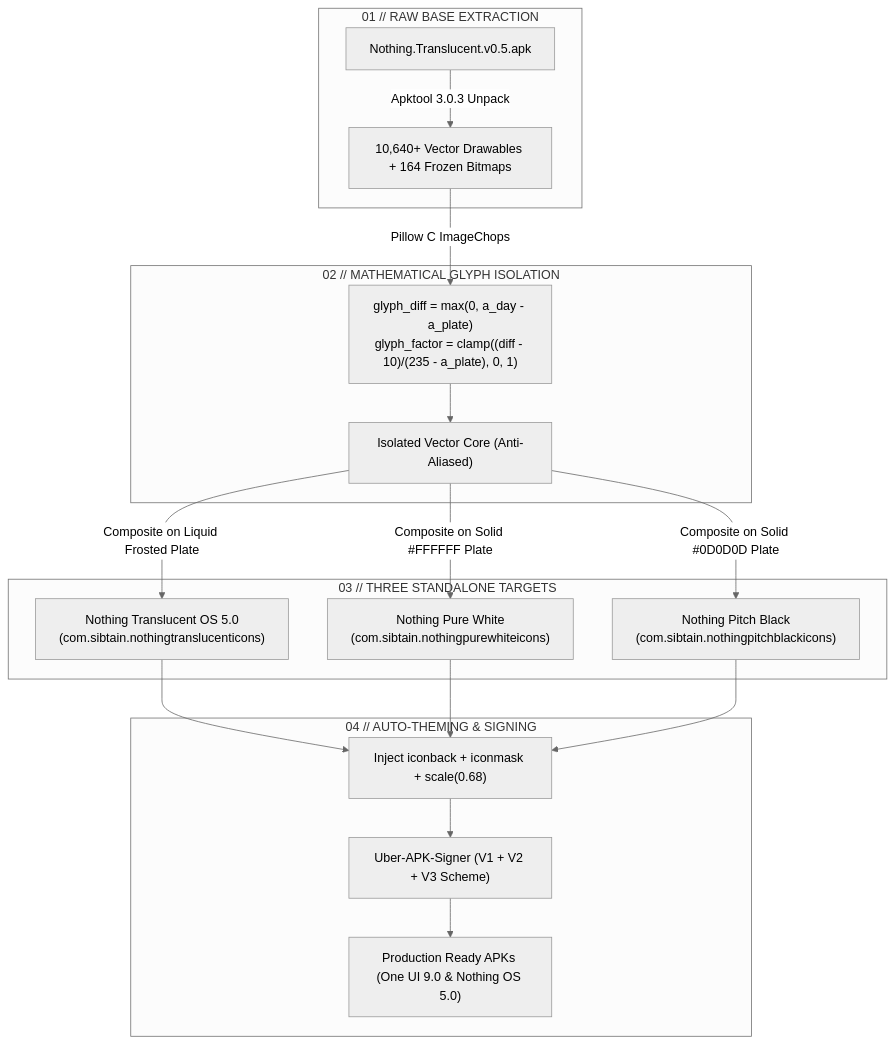
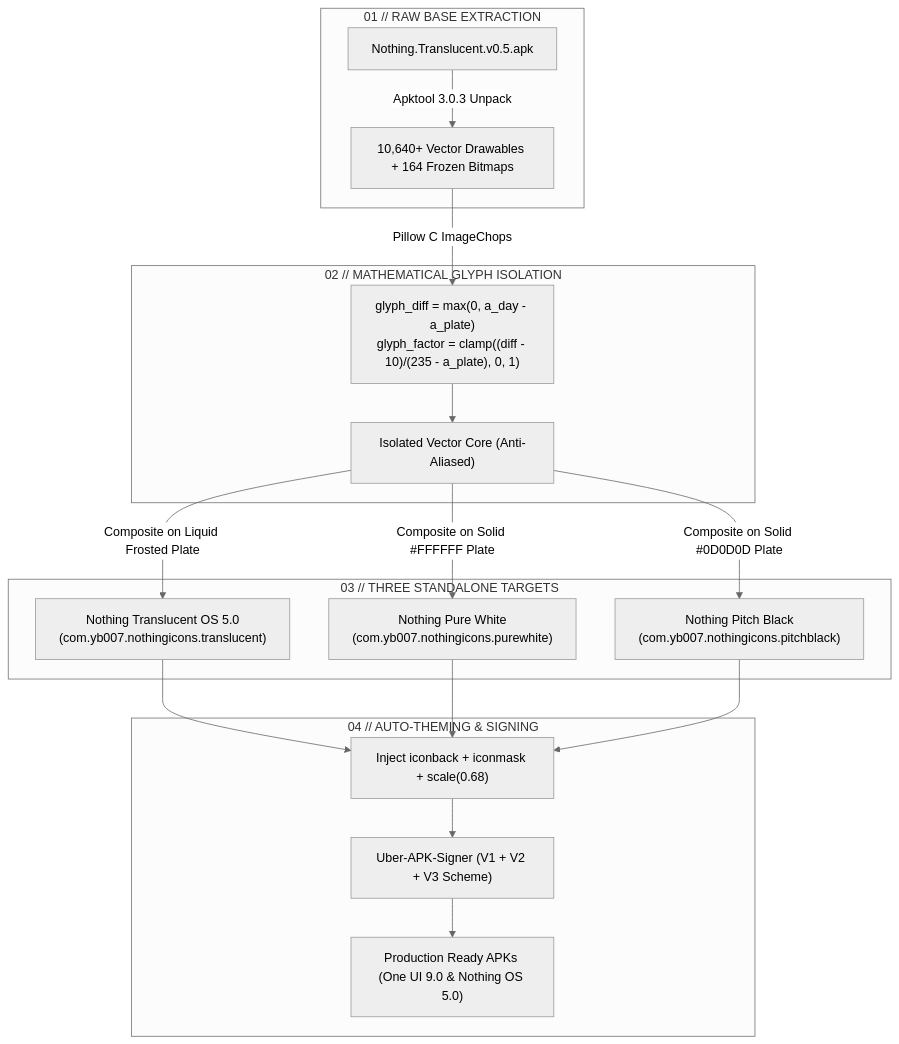
The diagram in README.md (yb007-sketch/Nothing-OS-Adaptive-Icon-Packs), drawn with Mermaid (neutral theme) before and after one commit. The commit also changed other lines of this file and 6 other files, not shown here.

Commit message:
feat: rebrand application ID namespaces to com.yb007.nothingicons.*

````diff
--- a/README.md
+++ b/README.md
@@ -87,23 +87,23 @@
 ```mermaid
 flowchart TD
     subgraph INGESTION ["01 // RAW BASE EXTRACTION"]
         APK["Nothing.Translucent.v0.5.apk"] -->|Apktool 3.0.3 Unpack| BASE["10,640+ Vector Drawables + 164 Frozen Bitmaps"]
     end
 
     subgraph ISOLATION ["02 // MATHEMATICAL GLYPH ISOLATION"]
         BASE -->|Pillow C ImageChops| FORMULA["glyph_diff = max(0, a_day - a_plate)<br/>glyph_factor = clamp((diff - 10)/(235 - a_plate), 0, 1)"]
         FORMULA --> CLEAN_GLYPH["Isolated Vector Core (Anti-Aliased)"]
     end
 
     subgraph EDITIONS ["03 // THREE STANDALONE TARGETS"]
-        CLEAN_GLYPH -->|Composite on Liquid Frosted Plate| PACK_TRANS["Nothing Translucent OS 5.0<br/>(com.sibtain.nothingtranslucenticons)"]
-        CLEAN_GLYPH -->|Composite on Solid #FFFFFF Plate| PACK_WHITE["Nothing Pure White<br/>(com.sibtain.nothingpurewhiteicons)"]
-        CLEAN_GLYPH -->|Composite on Solid #0D0D0D Plate| PACK_BLACK["Nothing Pitch Black<br/>(com.sibtain.nothingpitchblackicons)"]
+        CLEAN_GLYPH -->|Composite on Liquid Frosted Plate| PACK_TRANS["Nothing Translucent OS 5.0<br/>(com.yb007.nothingicons.translucent)"]
+        CLEAN_GLYPH -->|Composite on Solid #FFFFFF Plate| PACK_WHITE["Nothing Pure White<br/>(com.yb007.nothingicons.purewhite)"]
+        CLEAN_GLYPH -->|Composite on Solid #0D0D0D Plate| PACK_BLACK["Nothing Pitch Black<br/>(com.yb007.nothingicons.pitchblack)"]
     end
 
     subgraph ENGINE ["04 // AUTO-THEMING & SIGNING"]
         PACK_TRANS & PACK_WHITE & PACK_BLACK --> FRAMING["Inject iconback + iconmask + scale(0.68)"]
         FRAMING --> SIGNER["Uber-APK-Signer (V1 + V2 + V3 Scheme)"]
         SIGNER --> OUT["Production Ready APKs (One UI 9.0 & Nothing OS 5.0)"]
     end
 ```
````
